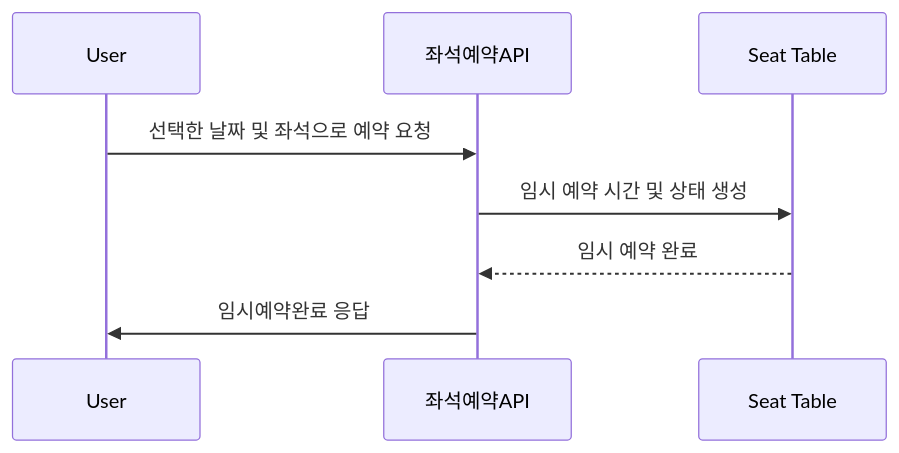
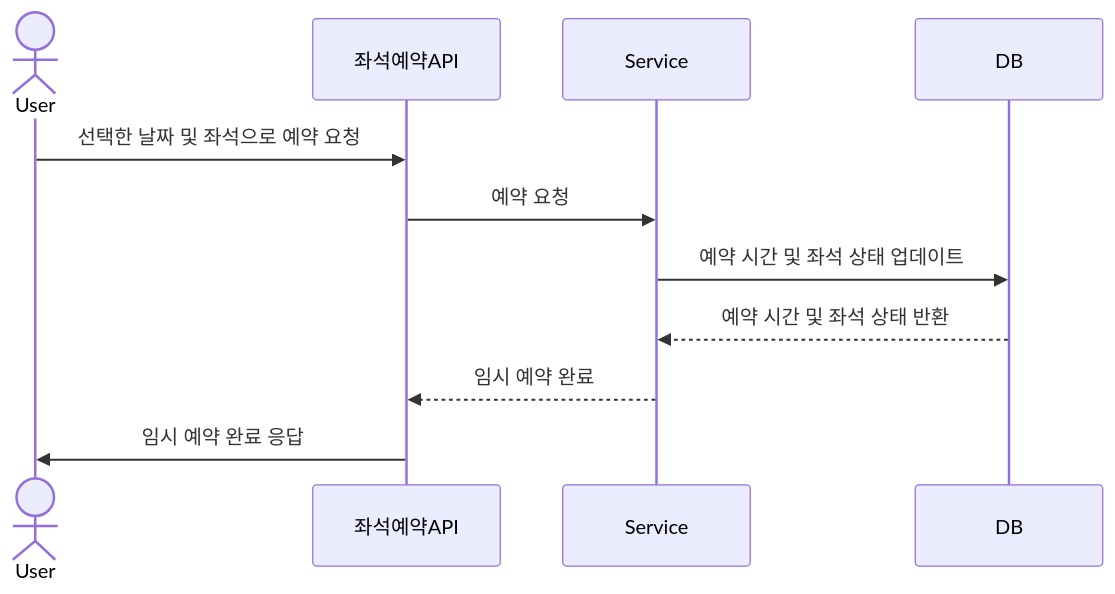
One commit to maiorem/ticket-reservation changed the fourth of 5 diagrams in README.md. Above: the diagram before and after it, drawn with Mermaid. The commit also changed other lines of this file, not shown here.

Commit message:
set: 마일스톤 및 시퀀스 다이어그램 작성

````diff
--- a/README.md
+++ b/README.md
@@ -140,14 +146,15 @@
 ```mermaid
 sequenceDiagram
-    participant User
+    actor User
     participant 좌석예약API
-    participant Seat Table
+    participant Service
+    participant DB
 
-
-    %% 좌석 선택 및 임시 예약
     User->>좌석예약API: 선택한 날짜 및 좌석으로 예약 요청
-    좌석예약API->>Seat Table: 임시 예약 시간 및 상태 생성
-    Seat Table-->>좌석예약API: 임시 예약 완료
-    좌석예약API->>User: 임시예약완료 응답
+    좌석예약API->>Service:예약 요청
+    Service->>DB: 예약 시간 및 좌석 상태 업데이트
+    DB-->>Service: 예약 시간 및 좌석 상태 반환
+    Service-->>좌석예약API: 임시 예약 완료
+    좌석예약API->>User: 임시 예약 완료 응답
 
 ```
````
